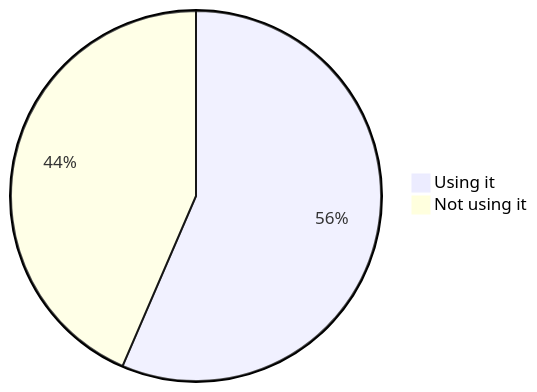
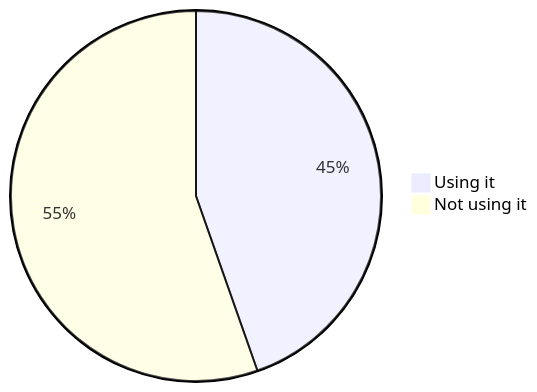
Before and after one commit to oshp/oshp-stats: the second of 22 diagrams in stats.md, drawn with Mermaid. The commit also changed other lines of this file, not shown here.

````diff
--- a/stats.md
+++ b/stats.md
@@ -22,6 +22,6 @@
 ```mermaid
 pie
-	"Using it" : 56.49
-	"Not using it" : 43.51
+	"Using it" : 44.62
+	"Not using it" : 55.38
 
 ```
````
